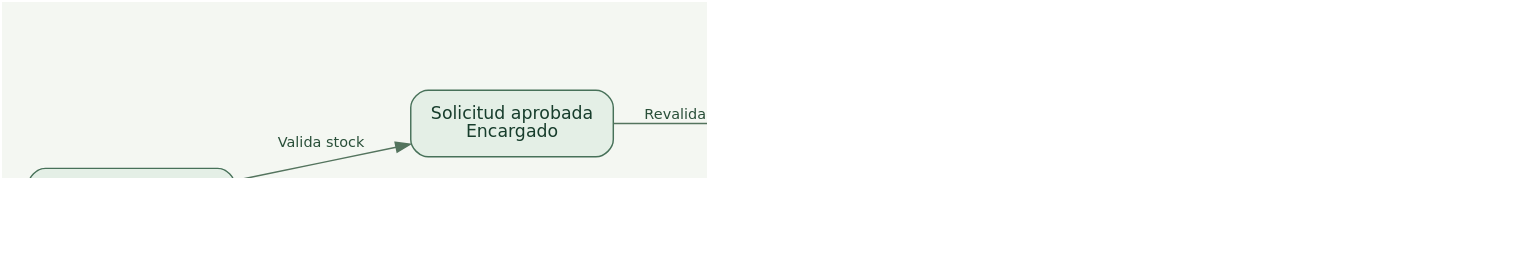
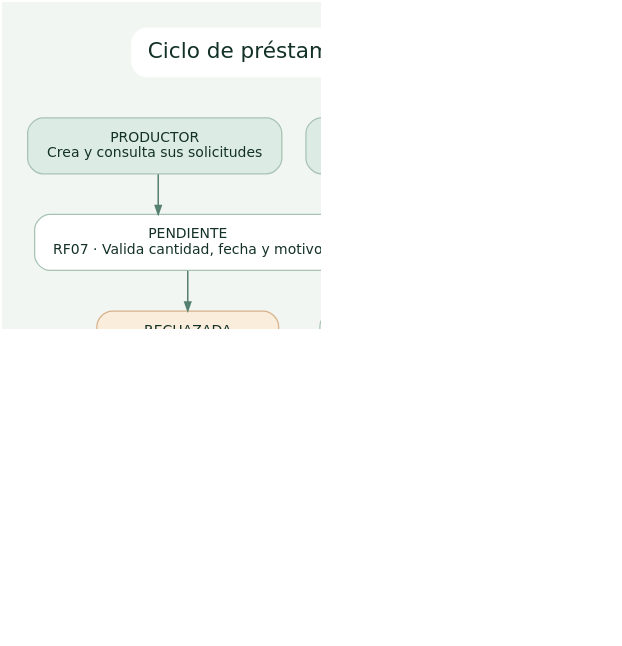
Before and after one commit to MauricioZegarra/AgroRetorno: the diagram in entregables/G01_Requerimientos/visuales/ciclo-prestamo.dot, drawn with Graphviz. The commit also changed 9 other files, not shown here.

```diff
--- a/entregables/G01_Requerimientos/visuales/ciclo-prestamo.dot
+++ b/entregables/G01_Requerimientos/visuales/ciclo-prestamo.dot
@@ -1,15 +1,24 @@
-digraph AgroRetorno {
-  graph [bgcolor="#F4F7F2", rankdir=LR, pad=0.25, nodesep=0.45, ranksep=0.56, dpi=160];
-  node [shape=box, style="rounded,filled", fontname="DejaVu Sans", fontsize=12, margin="0.20,0.14", color="#477159", fontcolor="#173D2C", fillcolor="#E4EFE6"];
-  edge [color="#54745E", fontname="DejaVu Sans", fontsize=10, fontcolor="#294F39"];
-  pendiente [label="Solicitud pendiente\nProductor"];
-  aprobada [label="Solicitud aprobada\nEncargado"];
-  rechazada [label="Solicitud rechazada\nMotivo visible", fillcolor="#F8E8D5", color="#A16B38"];
-  activa [label="Solicitud entregada\nPréstamo activo"];
-  cerrada [label="Préstamo cerrado\nSin unidades pendientes"];
-  pendiente -> aprobada [label="Valida stock"];
-  pendiente -> rechazada [label="Registra motivo"];
-  aprobada -> activa [label="Revalida y mueve unidades"];
-  activa -> activa [label="Devolución parcial"];
-  activa -> cerrada [label="Completa devolución"];
+digraph G01 {
+  graph [bgcolor="#F1F6F3", rankdir=TB, pad=0.28, nodesep=0.26, ranksep=0.44, dpi=150, splines=ortho];
+  node [shape=box, style="rounded,filled", fontname="DejaVu Sans", fontsize=11,
+        margin="0.20,0.14", color="#A8C3B3", fontcolor="#133127", fillcolor="#FFFFFF"];
+  edge [color="#568071", penwidth=1.2, arrowsize=0.68];
+  title [shape=plaintext, fontsize=17, label="Ciclo de préstamo e inventario"];
+  productor [label="PRODUCTOR\nCrea y consulta sus solicitudes", fillcolor="#DCECE5"];
+  encargado [label="ENCARGADO\nResuelve, entrega y registra devoluciones", fillcolor="#DCECE5"];
+  solicitud [label="PENDIENTE\nRF07 · Valida cantidad, fecha y motivo"];
+  aprobada [label="APROBADA\nRF09 · Valida stock sin reservarlo"];
+  rechazada [label="RECHAZADA\nRF10 · Motivo visible", fillcolor="#FAEDDC", color="#D8B289"];
+  obra [label="ENTREGADA · PRÉSTAMO ACTIVO\nRF11 · Revalida y mueve unidades"];
+  parcial [label="DEVOLUCIÓN PARCIAL\nRF13 · Clasifica unidades y conserva saldo"];
+  cierre [label="PRÉSTAMO CERRADO\nRF13 · Saldo pendiente igual a cero", fillcolor="#DCECE5"];
+  title -> productor [style=invis]; title -> encargado [style=invis];
+  { rank=same; productor; encargado; }
+  { rank=same; aprobada; rechazada; }
+  productor -> solicitud;
+  encargado -> aprobada [style=dashed];
+  solicitud -> aprobada; solicitud -> rechazada;
+  aprobada -> obra;
+  obra -> parcial; obra -> cierre;
+  parcial -> cierre;
 }
```
